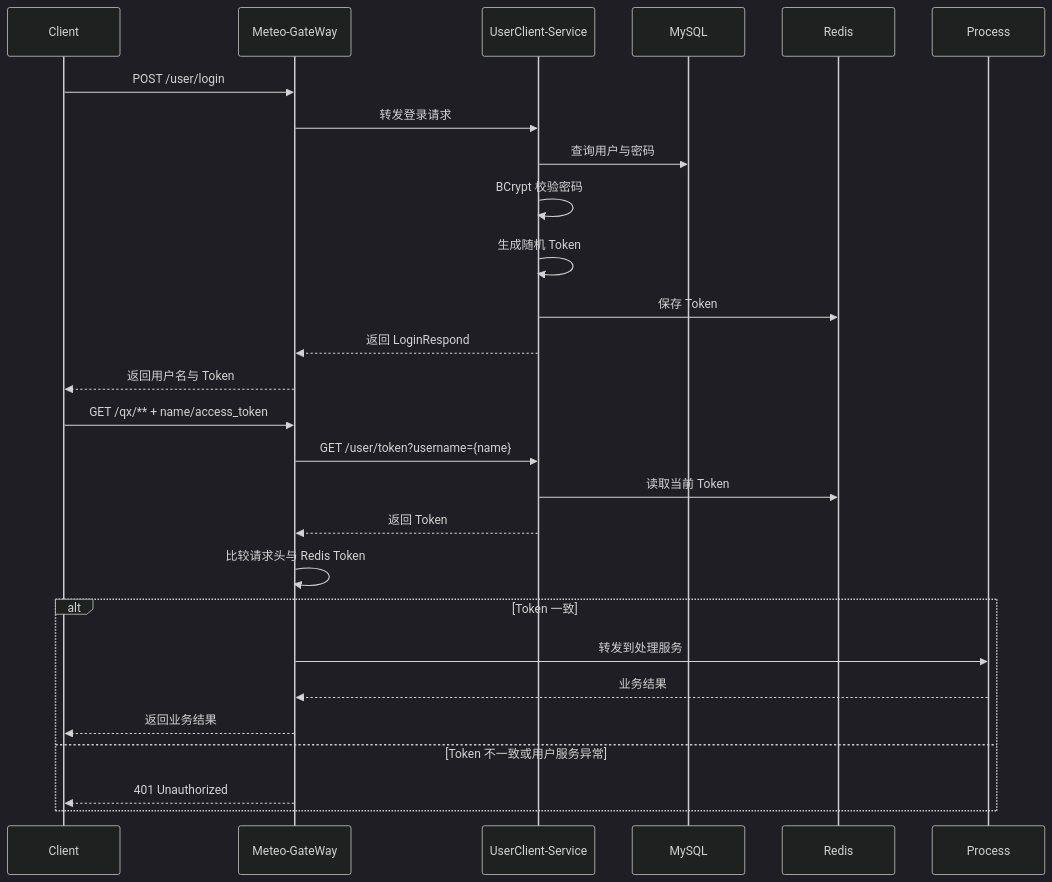
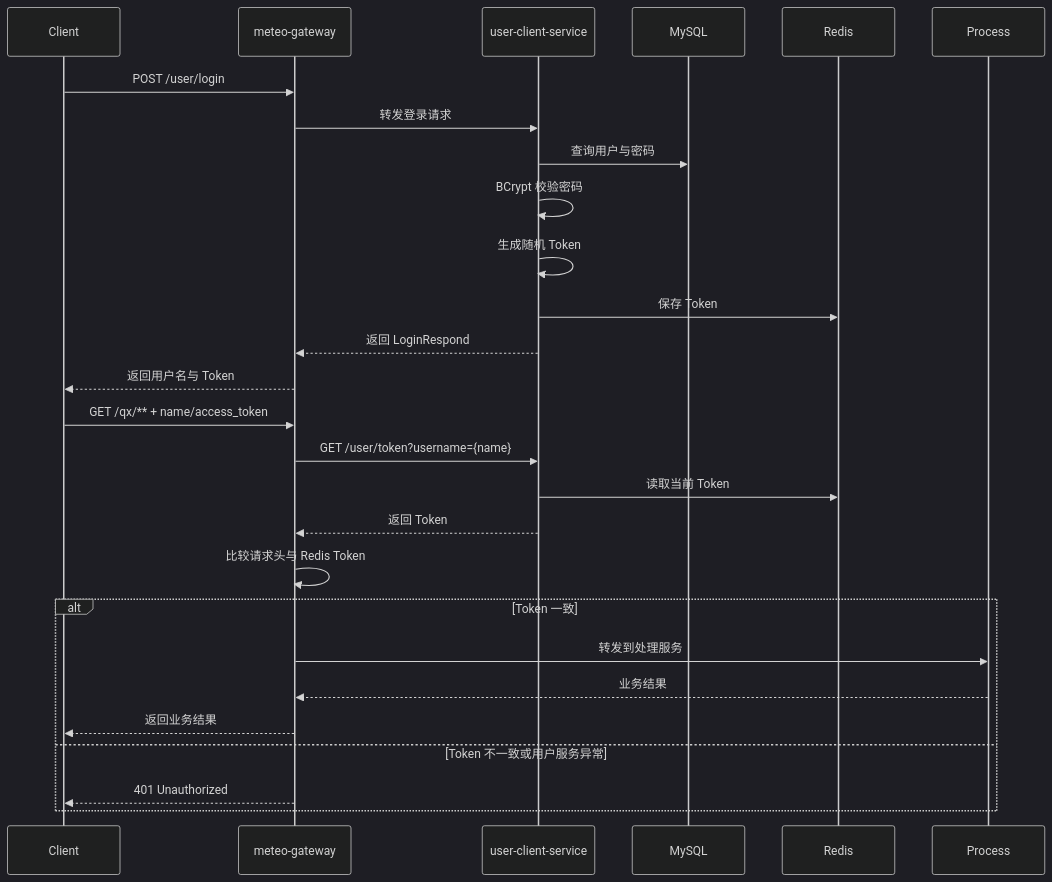
One commit to organwalk/meteo-data-process-server changed the second of 3 diagrams in doc/系统设计文档.md. Above: the diagram before and after it, drawn with Mermaid (dark theme). The commit also changed other lines of this file and 90 other files, not shown here.

````diff
--- a/doc/系统设计文档.md
+++ b/doc/系统设计文档.md
@@ -82,30 +82,30 @@
 ```mermaid
 sequenceDiagram
     participant C as Client
-    participant G as Meteo-GateWay
-    participant U as UserClient-Service
+    participant G as meteo-gateway
+    participant U as user-client-service
     participant DB as MySQL
     participant R as Redis
 
     C->>G: POST /user/login
     G->>U: 转发登录请求
     U->>DB: 查询用户与密码
     U->>U: BCrypt 校验密码
     U->>U: 生成随机 Token
     U->>R: 保存 Token
     U-->>G: 返回 LoginRespond
     G-->>C: 返回用户名与 Token
 
     C->>G: GET /qx/** + name/access_token
     G->>U: GET /user/token?username={name}
     U->>R: 读取当前 Token
     U-->>G: 返回 Token
     G->>G: 比较请求头与 Redis Token
     alt Token 一致
         G->>Process: 转发到处理服务
         Process-->>G: 业务结果
         G-->>C: 返回业务结果
     else Token 不一致或用户服务异常
         G-->>C: 401 Unauthorized
     end
 ```
````
